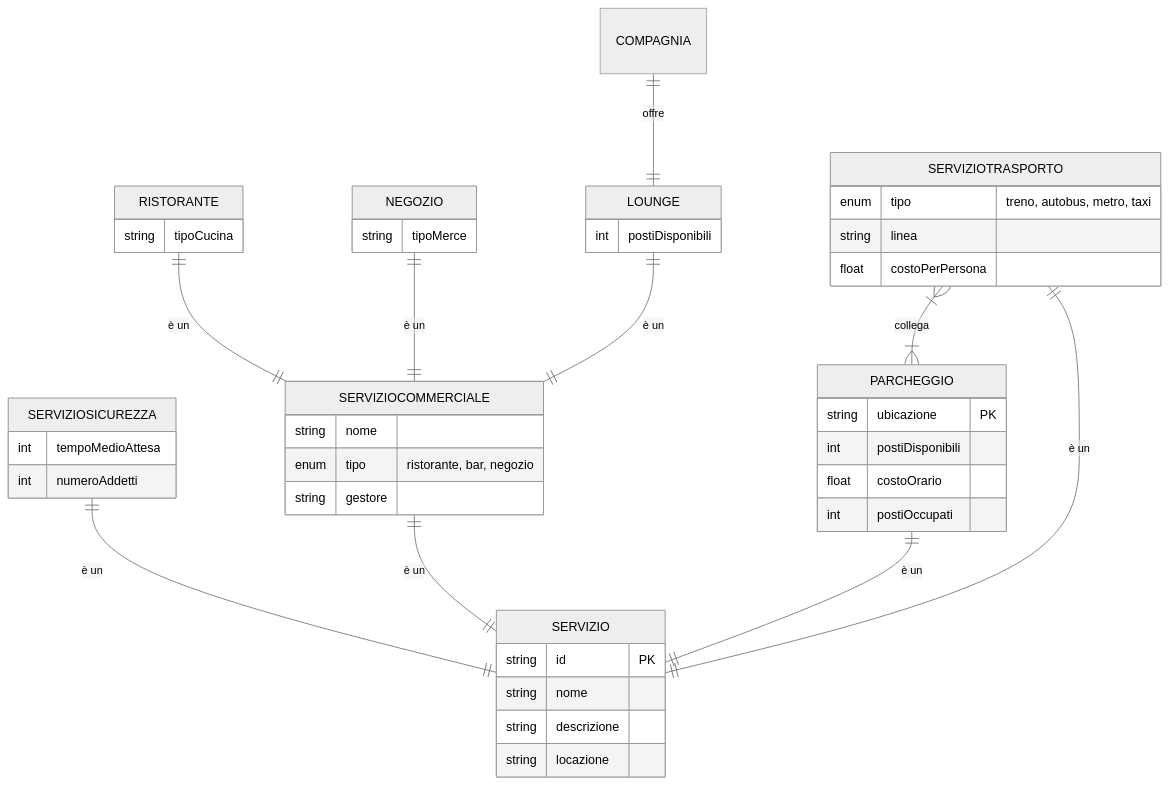
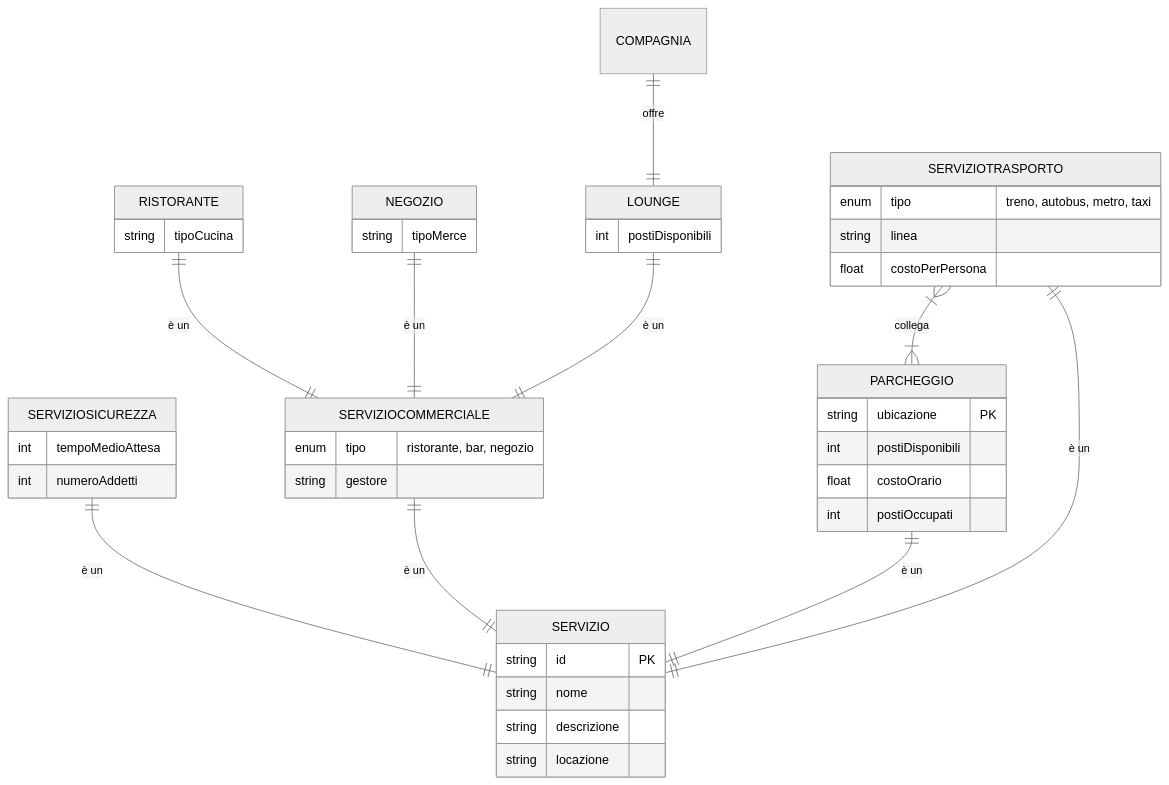
The sixth of 7 diagrams in RELAZIONE.md (Diebbo/aereodb), drawn with Mermaid (neutral theme) before and after one commit. The commit also changed other lines of this file and 2 other files, not shown here.

````diff
--- a/RELAZIONE.md
+++ b/RELAZIONE.md
@@ -465,52 +464,51 @@
 ```mermaid
 erDiagram
     SERVIZIOSICUREZZA ||--|| SERVIZIO: "è un"
 
     SERVIZIOCOMMERCIALE ||--|| SERVIZIO: "è un"
     
     RISTORANTE ||--|| SERVIZIOCOMMERCIALE: "è un"
     NEGOZIO ||--|| SERVIZIOCOMMERCIALE: "è un"
     LOUNGE ||--|| SERVIZIOCOMMERCIALE: "è un"
     COMPAGNIA ||--|| LOUNGE: offre
 
     PARCHEGGIO ||--|| SERVIZIO: "è un"
 
     SERVIZIOTRASPORTO ||--|| SERVIZIO: "è un"
     SERVIZIOTRASPORTO }|--|{ PARCHEGGIO: collega
 
     SERVIZIO {
         string id PK
         string nome
         string descrizione
         string locazione
     }
     SERVIZIOSICUREZZA {
         int tempoMedioAttesa
         int numeroAddetti
     }
     SERVIZIOTRASPORTO {
         enum tipo "treno, autobus, metro, taxi"
         string linea
         float costoPerPersona
     }
     SERVIZIOCOMMERCIALE {
-        string nome
         enum tipo "ristorante, bar, negozio"
         string gestore
     }
     PARCHEGGIO {
         string ubicazione PK
         int postiDisponibili
         float costoOrario
         int postiOccupati
     }
     RISTORANTE {
         string tipoCucina
     }
     NEGOZIO {
         string tipoMerce
     }
     LOUNGE {
         int postiDisponibili
     }
 ```
````
